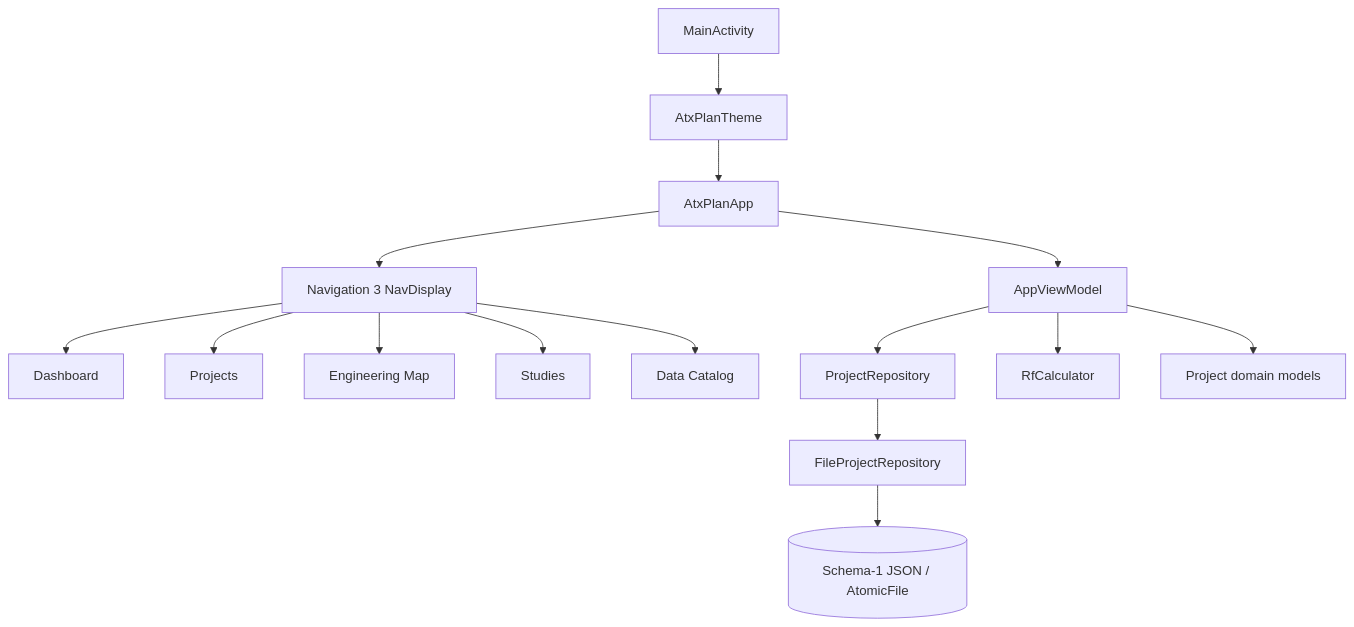
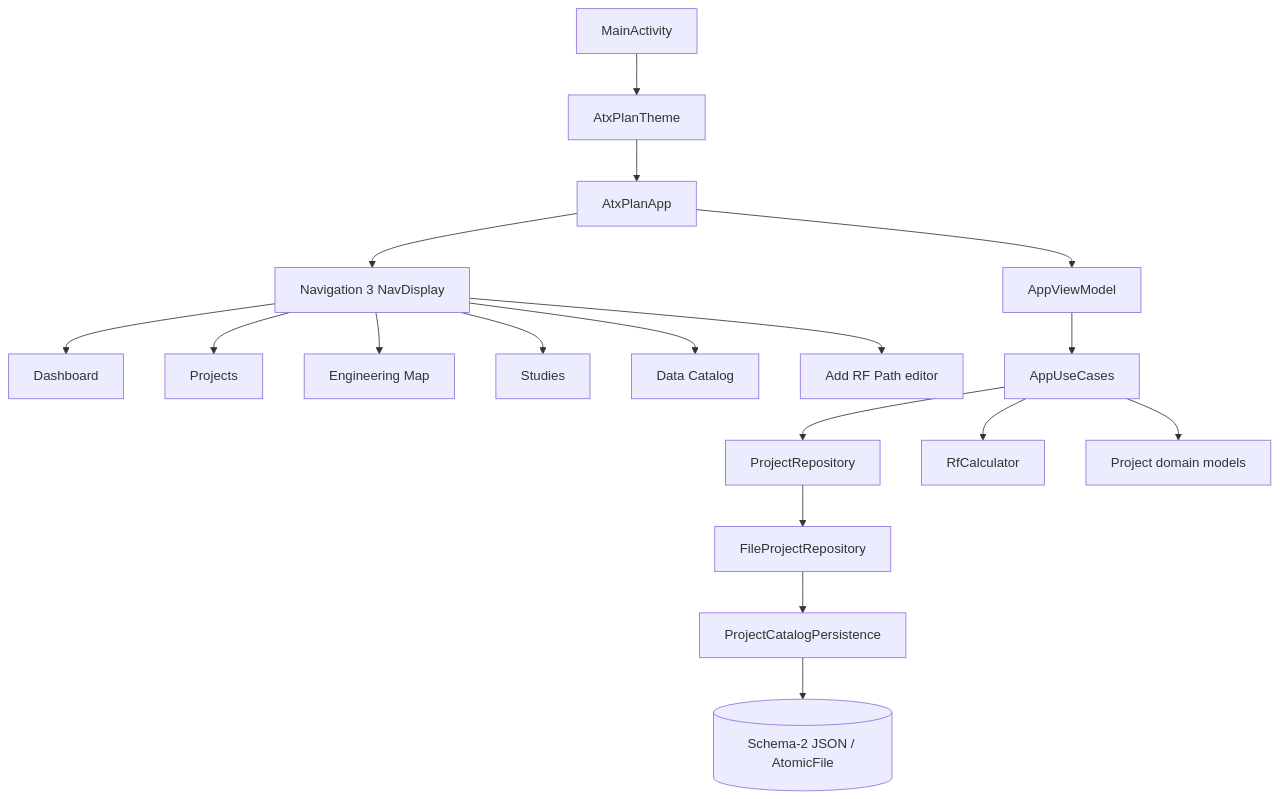
The first of 4 diagrams in docs/ARCHITECTURE.md (Gecesars/ATX_PLA_APK), drawn with Mermaid before and after one commit. The commit also changed other lines of this file and 34 other files, not shown here.

First line of the commit message:
feat: harden app foundation and persist RF paths

````diff
--- a/docs/ARCHITECTURE.md
+++ b/docs/ARCHITECTURE.md
@@ -25,17 +25,20 @@
 ```mermaid
 flowchart TD
     ACT[MainActivity] --> THEME[AtxPlanTheme]
     THEME --> APP[AtxPlanApp]
     APP --> VM[AppViewModel]
     APP --> NAV[Navigation 3 NavDisplay]
     NAV --> DASH[Dashboard]
     NAV --> PROJECTS[Projects]
     NAV --> MAP[Engineering Map]
     NAV --> STUDIES[Studies]
     NAV --> CATALOG[Data Catalog]
-    VM --> PORT[ProjectRepository]
+    NAV --> EDITOR[Add RF Path editor]
+    VM --> USE[AppUseCases]
+    USE --> PORT[ProjectRepository]
+    USE --> RF[RfCalculator]
+    USE --> DOMAIN[Project domain models]
     PORT --> FILE[FileProjectRepository]
-    FILE --> JSON[(Schema-1 JSON / AtomicFile)]
-    VM --> RF[RfCalculator]
-    VM --> DOMAIN[Project domain models]
+    FILE --> PERSIST[ProjectCatalogPersistence]
+    PERSIST --> JSON[(Schema-2 JSON / AtomicFile)]
 ```
````
